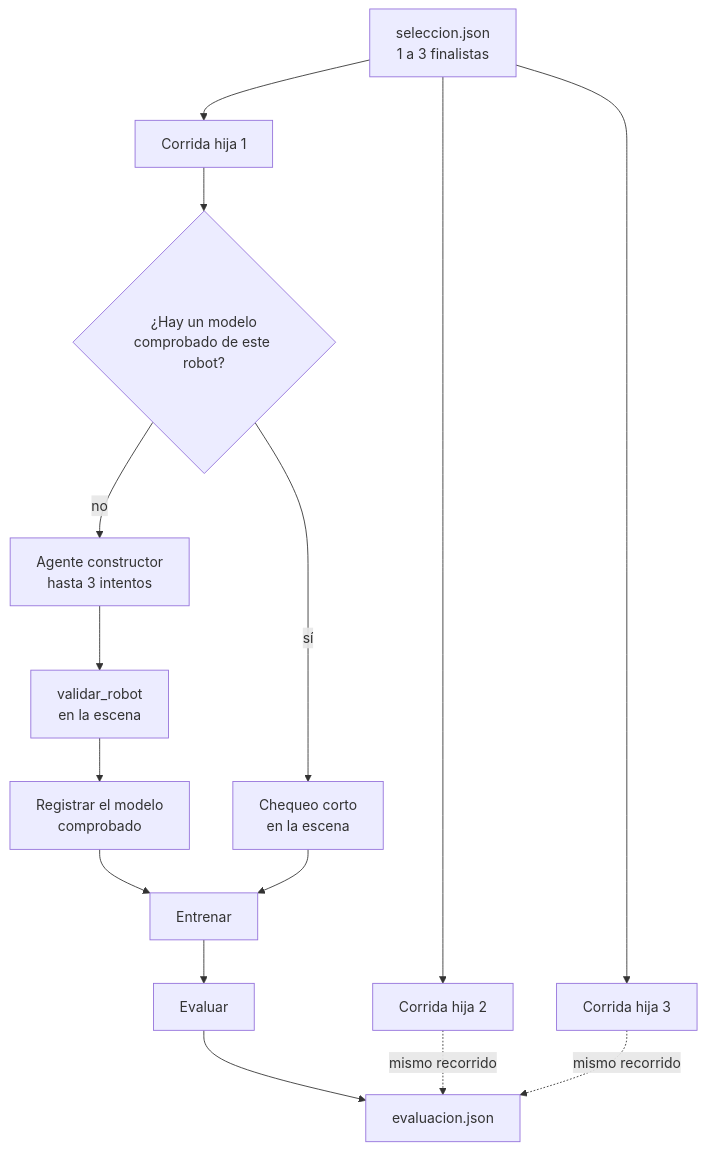
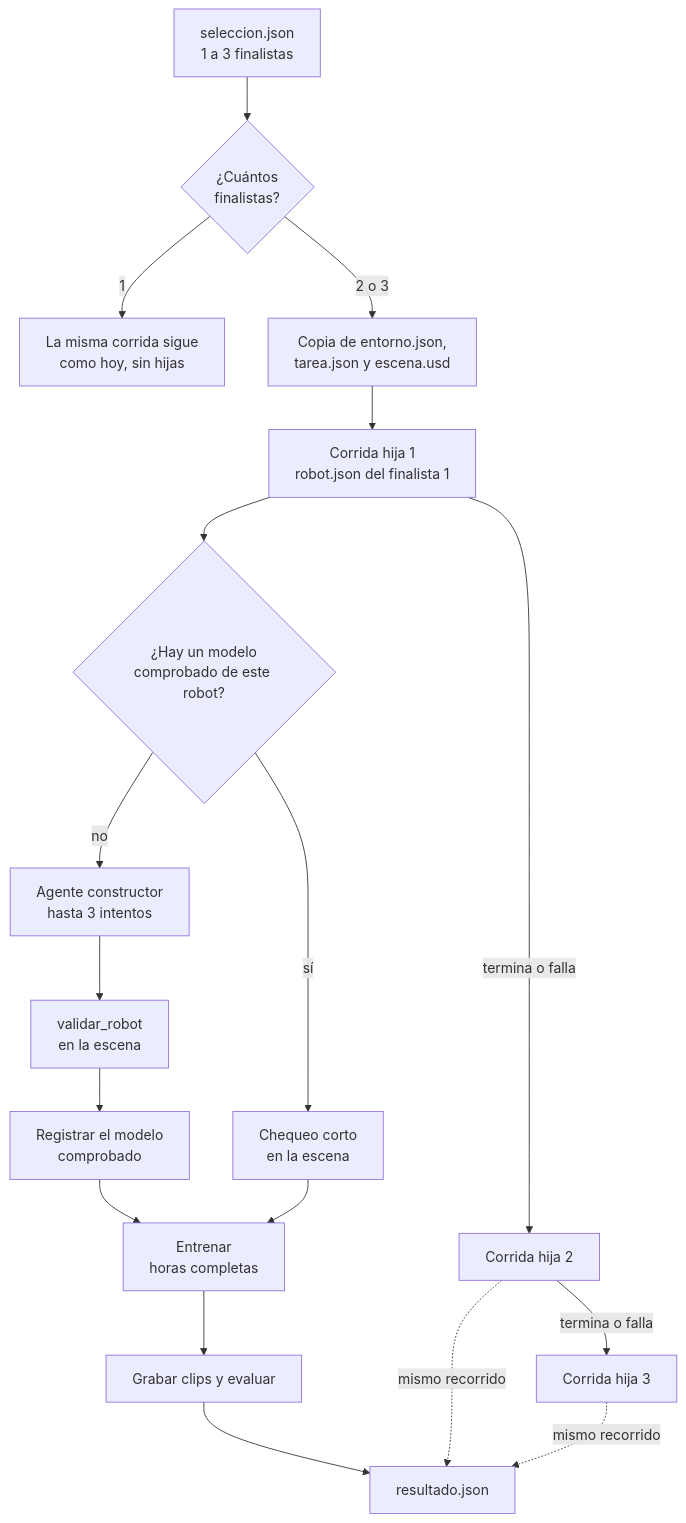
Before and after one commit to platanus-hack/platanus-hack-26-cl-team-4: the fifth of 7 diagrams in docs/agentes/seleccion-robot-flujo.md, drawn with Mermaid. The commit also changed other lines of this file and 5 other files, not shown here.

````diff
--- a/docs/agentes/seleccion-robot-flujo.md
+++ b/docs/agentes/seleccion-robot-flujo.md
@@ -101,17 +101,20 @@
 ```mermaid
 flowchart TD
-  S["seleccion.json<br/>1 a 3 finalistas"] --> H1["Corrida hija 1"]
-  S --> H2["Corrida hija 2"]
-  S --> H3["Corrida hija 3"]
+  S["seleccion.json<br/>1 a 3 finalistas"] --> N{"¿Cuántos<br/>finalistas?"}
+  N -->|1| SOLA["La misma corrida sigue<br/>como hoy, sin hijas"]
+  N -->|"2 o 3"| ESC["Copia de entorno.json,<br/>tarea.json y escena.usd"]
+  ESC --> H1["Corrida hija 1<br/>robot.json del finalista 1"]
+  H1 -->|"termina o falla"| H2["Corrida hija 2"]
+  H2 -->|"termina o falla"| H3["Corrida hija 3"]
   H1 --> M{"¿Hay un modelo<br/>comprobado de este robot?"}
   M -->|no| CON["Agente constructor<br/>hasta 3 intentos"]
   CON --> VAL["validar_robot<br/>en la escena"]
   VAL --> REG["Registrar el modelo<br/>comprobado"]
   M -->|sí| CHK["Chequeo corto<br/>en la escena"]
-  REG --> ENT["Entrenar"]
+  REG --> ENT["Entrenar<br/>horas completas"]
   CHK --> ENT
-  ENT --> EV["Evaluar"]
-  EV --> J[evaluacion.json]
+  ENT --> EV["Grabar clips y evaluar"]
+  EV --> J[resultado.json]
   H2 -.->|"mismo recorrido"| J
   H3 -.->|"mismo recorrido"| J
 ```
````
